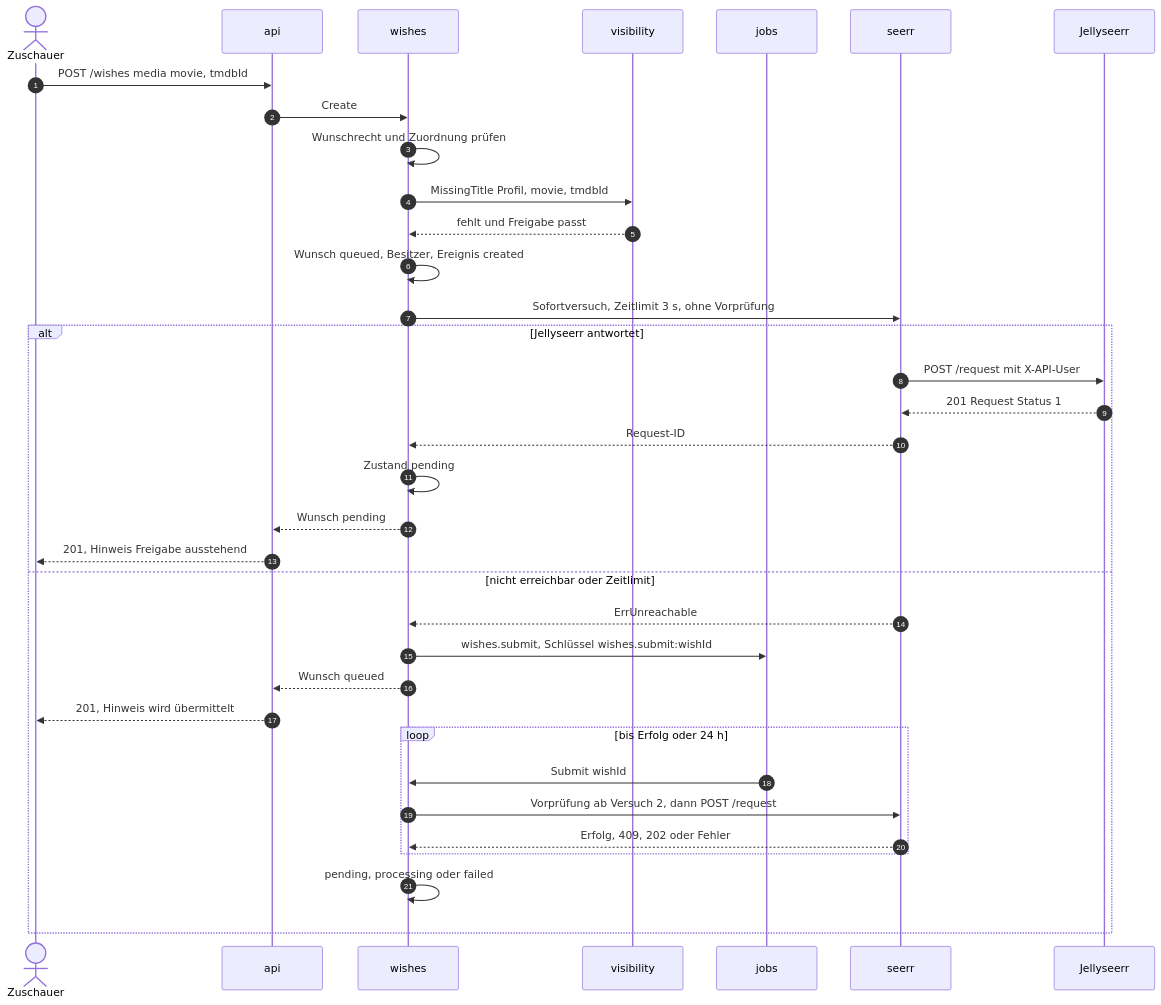
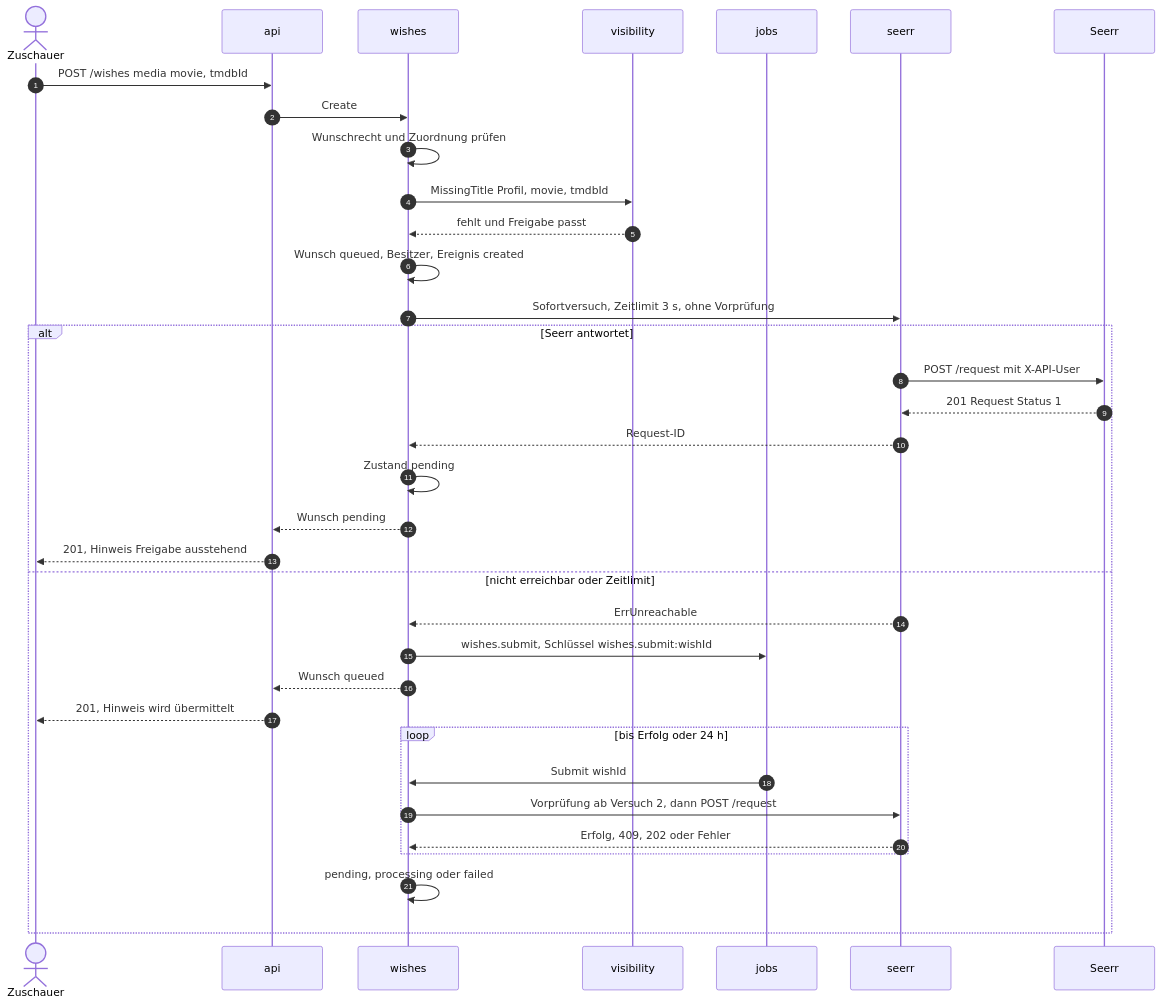
Before and after one commit to SlouchCat/slouchcat: the fourth of 12 diagrams in docs/planning/25-medienwuensche/03-architektur.md, drawn with Mermaid. The commit also changed other lines of this file and 30 other files, not shown here.

````diff
--- a/docs/planning/25-medienwuensche/03-architektur.md
+++ b/docs/planning/25-medienwuensche/03-architektur.md
@@ -773,38 +772,38 @@
 ```mermaid
 sequenceDiagram
   autonumber
   actor Z as Zuschauer
   participant A as api
   participant W as wishes
   participant V as visibility
   participant Q as jobs
   participant S as seerr
-  participant J as Jellyseerr
+  participant J as Seerr
 
   Z->>A: POST /wishes media movie, tmdbId
   A->>W: Create
   W->>W: Wunschrecht und Zuordnung prüfen
   W->>V: MissingTitle Profil, movie, tmdbId
   V-->>W: fehlt und Freigabe passt
   W->>W: Wunsch queued, Besitzer, Ereignis created
   W->>S: Sofortversuch, Zeitlimit 3 s, ohne Vorprüfung
-  alt Jellyseerr antwortet
+  alt Seerr antwortet
     S->>J: POST /request mit X-API-User
     J-->>S: 201 Request Status 1
     S-->>W: Request-ID
     W->>W: Zustand pending
     W-->>A: Wunsch pending
     A-->>Z: 201, Hinweis Freigabe ausstehend
   else nicht erreichbar oder Zeitlimit
     S-->>W: ErrUnreachable
     W->>Q: wishes.submit, Schlüssel wishes.submit:wishId
     W-->>A: Wunsch queued
     A-->>Z: 201, Hinweis wird übermittelt
     loop bis Erfolg oder 24 h
       Q->>W: Submit wishId
       W->>S: Vorprüfung ab Versuch 2, dann POST /request
       S-->>W: Erfolg, 409, 202 oder Fehler
     end
     W->>W: pending, processing oder failed
   end
 ```
````
